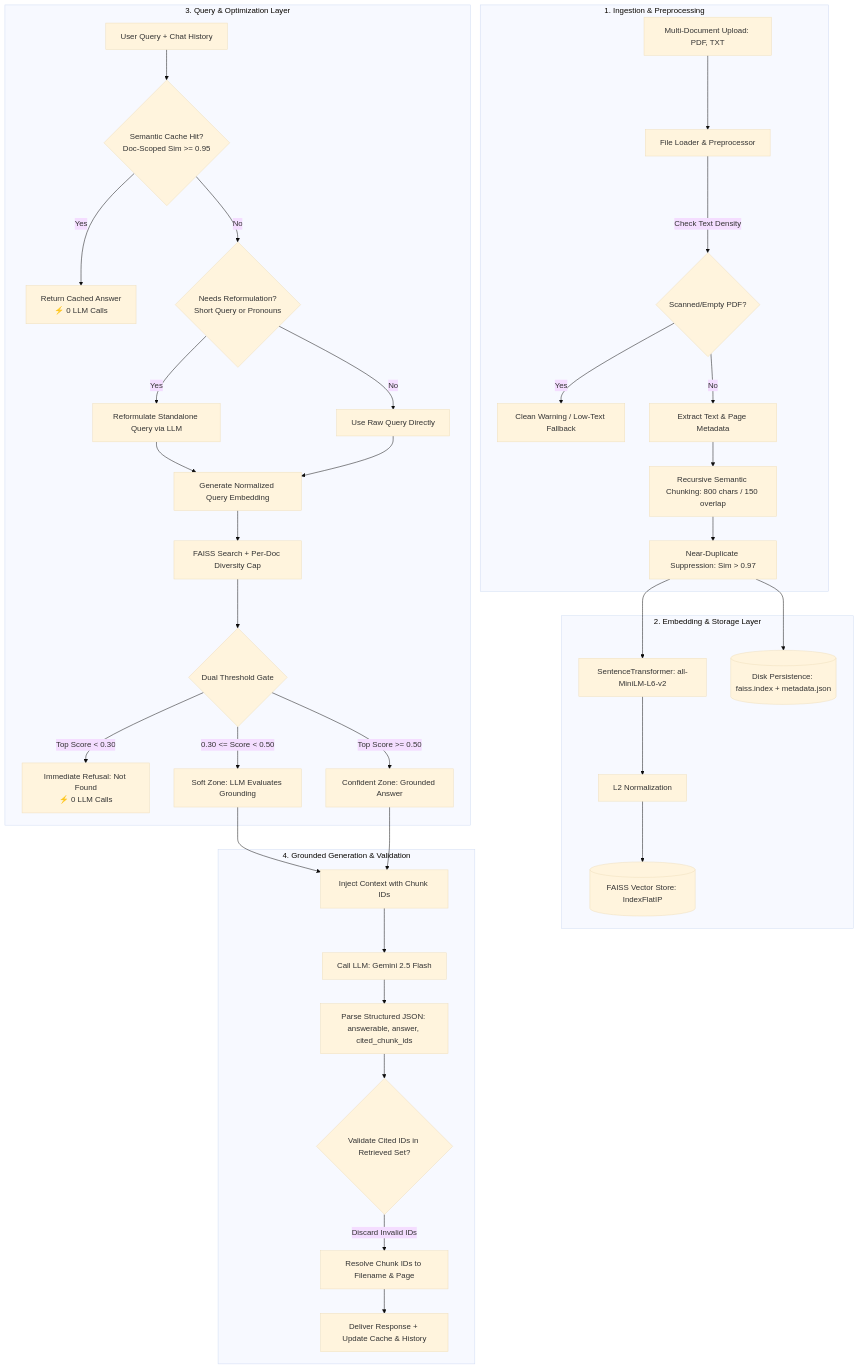
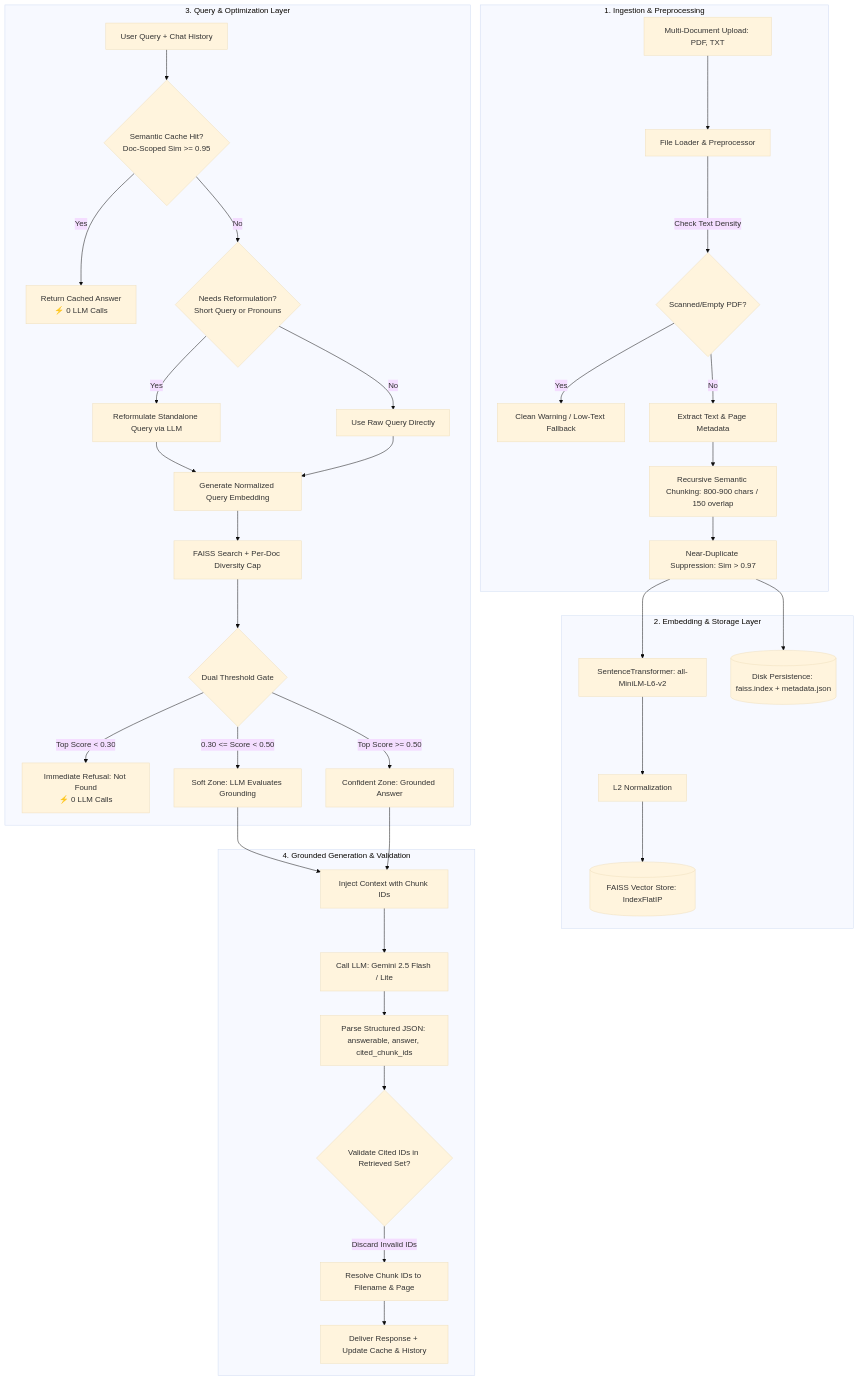
One commit to kartik23-2/Content-Summarizer changed the diagram in Readme.md. Above: the diagram before and after it, drawn with Mermaid (base theme). The commit also changed other lines of this file, not shown here.

````diff
--- a/Readme.md
+++ b/Readme.md
@@ -42,43 +58,43 @@
 ```mermaid
 flowchart TD
     subgraph Ingestion ["1. Ingestion & Preprocessing"]
         A[Multi-Document Upload: PDF, TXT] --> B[File Loader & Preprocessor]
         B -->|Check Text Density| C{Scanned/Empty PDF?}
         C -- Yes --> D[Clean Warning / Low-Text Fallback]
         C -- No --> E[Extract Text & Page Metadata]
-        E --> F[Recursive Semantic Chunking: 800 chars / 150 overlap]
+        E --> F[Recursive Semantic Chunking: 800-900 chars / 150 overlap]
         F --> G[Near-Duplicate Suppression: Sim > 0.97]
     end
 
     subgraph Storage ["2. Embedding & Storage Layer"]
         G --> H[SentenceTransformer: all-MiniLM-L6-v2]
         H --> I[L2 Normalization]
         I --> J[(FAISS Vector Store: IndexFlatIP)]
         G --> K[(Disk Persistence: faiss.index + metadata.json)]
     end
 
     subgraph QueryPipeline ["3. Query & Optimization Layer"]
         L[User Query + Chat History] --> M{Semantic Cache Hit?<br>Doc-Scoped Sim >= 0.95}
         M -- Yes --> N[Return Cached Answer<br>⚡ 0 LLM Calls]
         M -- No --> O{Needs Reformulation?<br>Short Query or Pronouns}
         O -- Yes --> P[Reformulate Standalone Query via LLM]
         O -- No --> Q[Use Raw Query Directly]
         P --> R[Generate Normalized Query Embedding]
         Q --> R
         R --> S[FAISS Search + Per-Doc Diversity Cap]
         S --> T{Dual Threshold Gate}
         T -- Top Score < 0.30 --> U[Immediate Refusal: Not Found<br>⚡ 0 LLM Calls]
         T -- 0.30 <= Score < 0.50 --> V[Soft Zone: LLM Evaluates Grounding]
         T -- Top Score >= 0.50 --> W[Confident Zone: Grounded Answer]
     end
 
     subgraph Generation ["4. Grounded Generation & Validation"]
         V --> X[Inject Context with Chunk IDs]
         W --> X
-        X --> Y[Call LLM: Gemini 2.5 Flash]
+        X --> Y[Call LLM: Gemini 2.5 Flash / Lite]
         Y --> Z[Parse Structured JSON: answerable, answer, cited_chunk_ids]
         Z --> AA{Validate Cited IDs in Retrieved Set?}
         AA -- Discard Invalid IDs --> AB[Resolve Chunk IDs to Filename & Page]
         AB --> AC[Deliver Response + Update Cache & History]
     end
 ```
````
